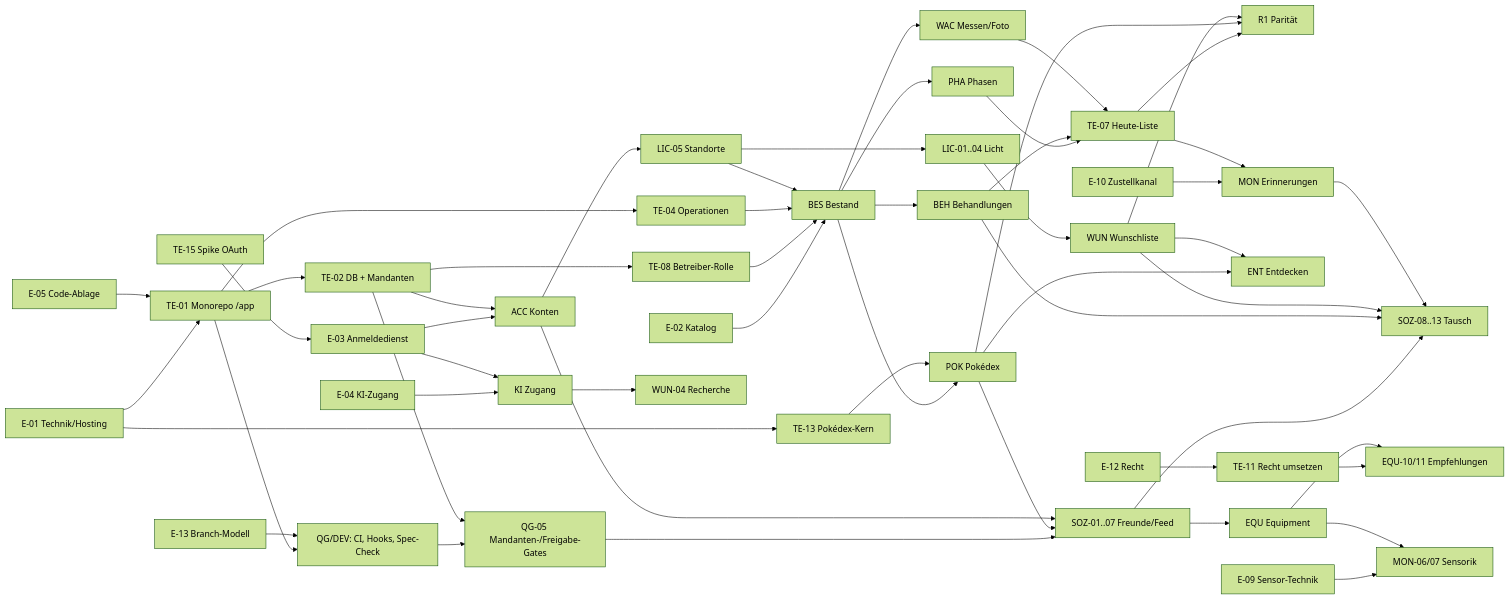
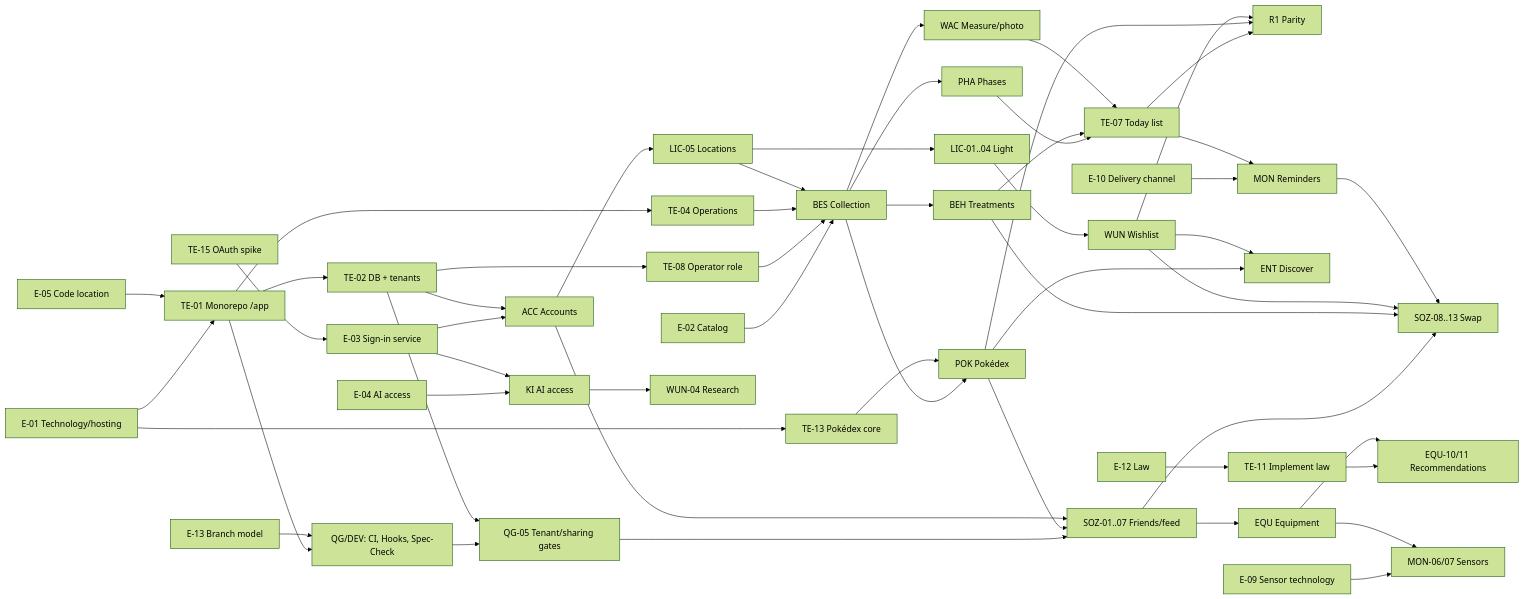
The diagram in Docs/ROADMAP.md (PflanzenDex/PflanzenDex), drawn with Mermaid (forest theme) before and after one commit. The commit also changed other lines of this file and 6 other files, not shown here.

Commit message:
docs: translate roadmap, test logs and TE-15 spike result to English

````diff
--- a/Docs/ROADMAP.md
+++ b/Docs/ROADMAP.md
@@ -95,54 +95,54 @@
 ```mermaid
 flowchart LR
-  E01[E-01 Technik/Hosting] --> TE01[TE-01 Monorepo /app]
-  E05[E-05 Code-Ablage] --> TE01
+  E01[E-01 Technology/hosting] --> TE01[TE-01 Monorepo /app]
+  E05[E-05 Code location] --> TE01
   TE01 --> GATES[QG/DEV: CI, Hooks, Spec-Check]
-  E13[E-13 Branch-Modell] --> GATES
-  TE01 --> TE02[TE-02 DB + Mandanten]
-  TE01 --> TE04[TE-04 Operationen]
-  TE02 --> TE08[TE-08 Betreiber-Rolle]
-  TE15[TE-15 Spike OAuth] --> E03[E-03 Anmeldedienst]
-  E03 --> ACC[ACC Konten]
+  E13[E-13 Branch model] --> GATES
+  TE01 --> TE02[TE-02 DB + tenants]
+  TE01 --> TE04[TE-04 Operations]
+  TE02 --> TE08[TE-08 Operator role]
+  TE15[TE-15 OAuth spike] --> E03[E-03 Sign-in service]
+  E03 --> ACC[ACC Accounts]
   TE02 --> ACC
-  ACC --> LIC5[LIC-05 Standorte]
-  E02[E-02 Katalog] --> BES[BES Bestand]
+  ACC --> LIC5[LIC-05 Locations]
+  E02[E-02 Catalog] --> BES[BES Collection]
   TE08 --> BES
   TE04 --> BES
   LIC5 --> BES
-  BES --> PHA[PHA Phasen]
-  BES --> WAC[WAC Messen/Foto]
-  BES --> BEH[BEH Behandlungen]
-  LIC5 --> LIC[LIC-01..04 Licht]
-  LIC --> WUN[WUN Wunschliste]
-  E01 --> TE13[TE-13 Pokédex-Kern]
+  BES --> PHA[PHA Phases]
+  BES --> WAC[WAC Measure/photo]
+  BES --> BEH[BEH Treatments]
+  LIC5 --> LIC[LIC-01..04 Light]
+  LIC --> WUN[WUN Wishlist]
+  E01 --> TE13[TE-13 Pokédex core]
   BES --> POK[POK Pokédex]
   TE13 --> POK
-  PHA --> HEUTE[TE-07 Heute-Liste]
+  PHA --> HEUTE[TE-07 Today list]
   BEH --> HEUTE
   WAC --> HEUTE
-  HEUTE --> PAR[R1 Parität]
+  HEUTE --> PAR[R1 Parity]
   POK --> PAR
   WUN --> PAR
-  GATES --> QG5[QG-05 Mandanten-/Freigabe-Gates]
+  GATES --> QG5[QG-05 Tenant/sharing gates]
   TE02 --> QG5
-  QG5 --> SOZ1[SOZ-01..07 Freunde/Feed]
+  QG5 --> SOZ1[SOZ-01..07 Friends/feed]
   POK --> SOZ1
   ACC --> SOZ1
-  SOZ1 --> SOZ2[SOZ-08..13 Tausch]
+  SOZ1 --> SOZ2[SOZ-08..13 Swap]
   BEH --> SOZ2
   WUN --> SOZ2
-  E10[E-10 Zustellkanal] --> MON[MON Erinnerungen]
+  E10[E-10 Delivery channel] --> MON[MON Reminders]
   HEUTE --> MON
   MON --> SOZ2
-  POK --> ENT[ENT Entdecken]
+  POK --> ENT[ENT Discover]
   WUN --> ENT
-  E04[E-04 KI-Zugang] --> KI[KI Zugang]
+  E04[E-04 AI access] --> KI[KI AI access]
   E03 --> KI
-  KI --> WUN4[WUN-04 Recherche]
+  KI --> WUN4[WUN-04 Research]
   SOZ1 --> EQU[EQU Equipment]
-  E12[E-12 Recht] --> TE11[TE-11 Recht umsetzen]
-  TE11 --> EQU10[EQU-10/11 Empfehlungen]
+  E12[E-12 Law] --> TE11[TE-11 Implement law]
+  TE11 --> EQU10[EQU-10/11 Recommendations]
   EQU --> EQU10
-  E09[E-09 Sensor-Technik] --> MON6[MON-06/07 Sensorik]
+  E09[E-09 Sensor technology] --> MON6[MON-06/07 Sensors]
   EQU --> MON6
 ```
````
